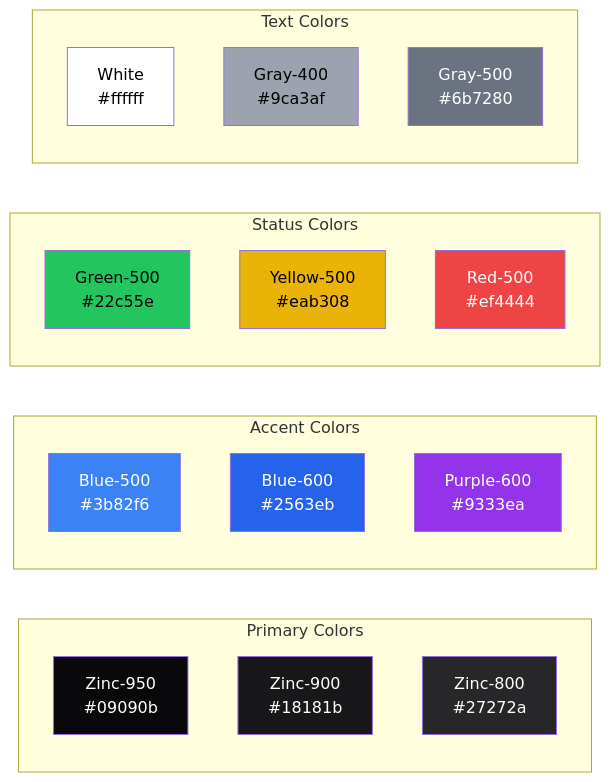
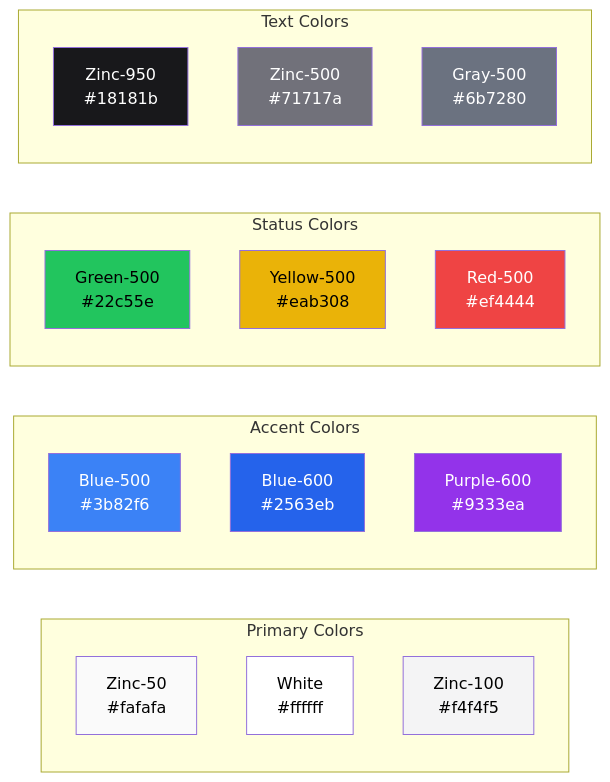
Before and after one commit to spken/delta: the second of 17 diagrams in DESIGN_DOCUMENTATION.md, drawn with Mermaid. The commit also changed other lines of this file and 6 other files, not shown here.

````diff
--- a/DESIGN_DOCUMENTATION.md
+++ b/DESIGN_DOCUMENTATION.md
@@ -67,39 +67,39 @@
 ```mermaid
 graph LR
     subgraph "Primary Colors"
-        A[Zinc-950<br/>#09090b]
-        B[Zinc-900<br/>#18181b]
-        C[Zinc-800<br/>#27272a]
+        A[Zinc-50<br/>#fafafa]
+        B[White<br/>#ffffff]
+        C[Zinc-100<br/>#f4f4f5]
     end
 
     subgraph "Accent Colors"
         D[Blue-500<br/>#3b82f6]
         E[Blue-600<br/>#2563eb]
         F[Purple-600<br/>#9333ea]
     end
 
     subgraph "Status Colors"
         G[Green-500<br/>#22c55e]
         H[Yellow-500<br/>#eab308]
         I[Red-500<br/>#ef4444]
     end
 
     subgraph "Text Colors"
-        J[White<br/>#ffffff]
-        K[Gray-400<br/>#9ca3af]
+        J[Zinc-950<br/>#18181b]
+        K[Zinc-500<br/>#71717a]
         L[Gray-500<br/>#6b7280]
     end
 
-    style A fill:#09090b,color:#fff
-    style B fill:#18181b,color:#fff
-    style C fill:#27272a,color:#fff
+    style A fill:#fafafa,color:#000
+    style B fill:#ffffff,color:#000
+    style C fill:#f4f4f5,color:#000
     style D fill:#3b82f6,color:#fff
     style E fill:#2563eb,color:#fff
     style F fill:#9333ea,color:#fff
     style G fill:#22c55e,color:#000
     style H fill:#eab308,color:#000
     style I fill:#ef4444,color:#fff
-    style J fill:#ffffff,color:#000
-    style K fill:#9ca3af,color:#000
+    style J fill:#18181b,color:#fff
+    style K fill:#71717a,color:#fff
     style L fill:#6b7280,color:#fff
 ```
````
